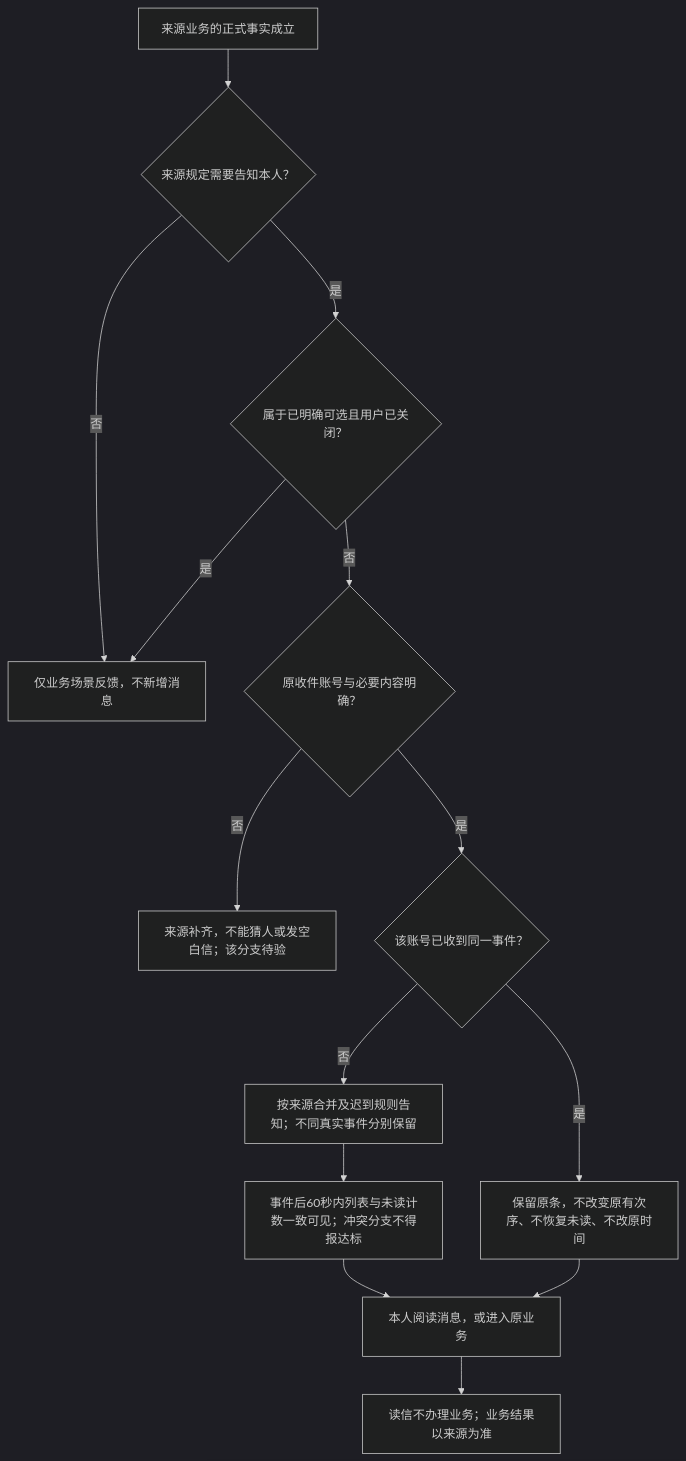
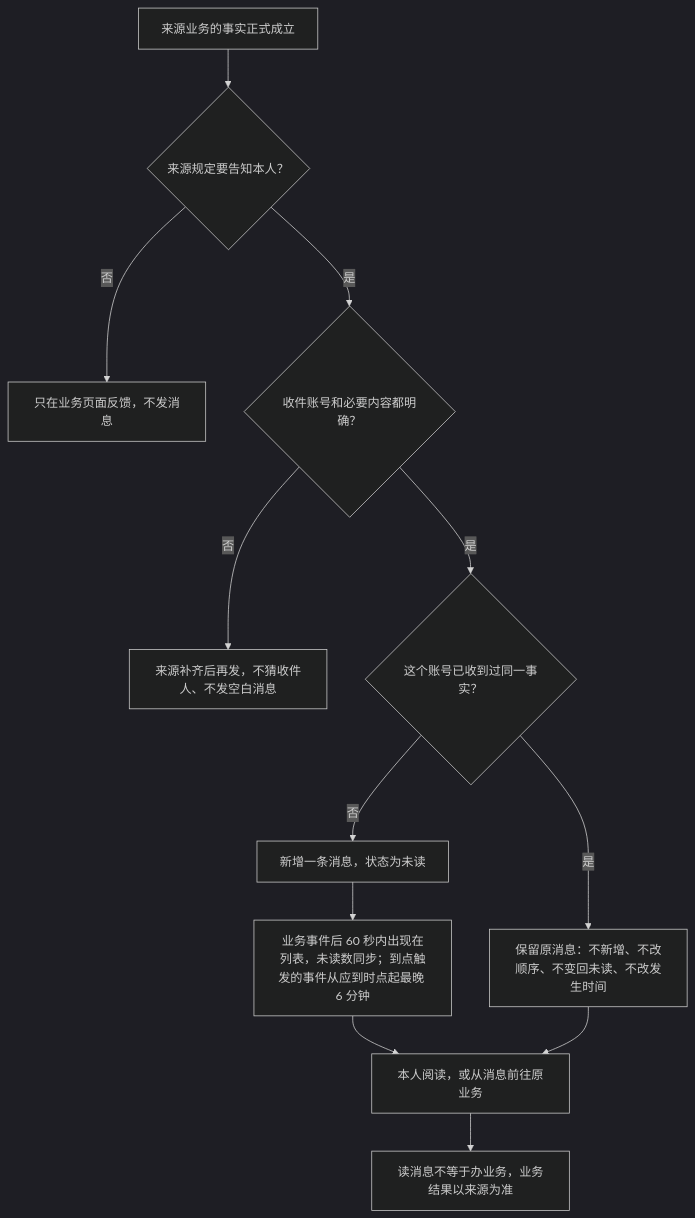
Before and after one commit to wxblockchain/Chain-Financing: the first of 8 diagrams in lending-platform/PRD/面客端/10-面客消息中心/02-面客消息中心-流程图与状态机.md, drawn with Mermaid (dark theme). The commit also changed other lines of this file and 6 other files, not shown here.

````diff
--- a/lending-platform/PRD/面客端/10-面客消息中心/02-面客消息中心-流程图与状态机.md
+++ b/lending-platform/PRD/面客端/10-面客消息中心/02-面客消息中心-流程图与状态机.md
@@ -22,16 +21,14 @@
 ```mermaid
 flowchart TD
-    A["来源业务的正式事实成立"] --> B{"来源规定需要告知本人？"}
-    B -->|否| C["仅业务场景反馈，不新增消息"]
-    B -->|是| D{"属于已明确可选且用户已关闭？"}
-    D -->|是| C
-    D -->|否| E{"原收件账号与必要内容明确？"}
-    E -->|否| F["来源补齐，不能猜人或发空白信；该分支待验"]
-    E -->|是| G{"该账号已收到同一事件？"}
-    G -->|是| H["保留原条，不改变原有次序、不恢复未读、不改原时间"]
-    G -->|否| I["按来源合并及迟到规则告知；不同真实事件分别保留"]
-    I --> J["事件后60秒内列表与未读计数一致可见；冲突分支不得报达标"]
-    J --> K["本人阅读消息，或进入原业务"]
+    A["来源业务的事实正式成立"] --> B{"来源规定要告知本人？"}
+    B -->|否| C["只在业务页面反馈，不发消息"]
+    B -->|是| E{"收件账号和必要内容都明确？"}
+    E -->|否| F["来源补齐后再发，不猜收件人、不发空白消息"]
+    E -->|是| G{"这个账号已收到过同一事实？"}
+    G -->|是| H["保留原消息：不新增、不改顺序、不变回未读、不改发生时间"]
+    G -->|否| I["新增一条消息，状态为未读"]
+    I --> J["业务事件后 60 秒内出现在列表，未读数同步；到点触发的事件从应到时点起最晚 6 分钟"]
+    J --> K["本人阅读，或从消息前往原业务"]
     H --> K
-    K --> L["读信不办理业务；业务结果以来源为准"]
+    K --> L["读消息不等于办业务，业务结果以来源为准"]
 ```
````
